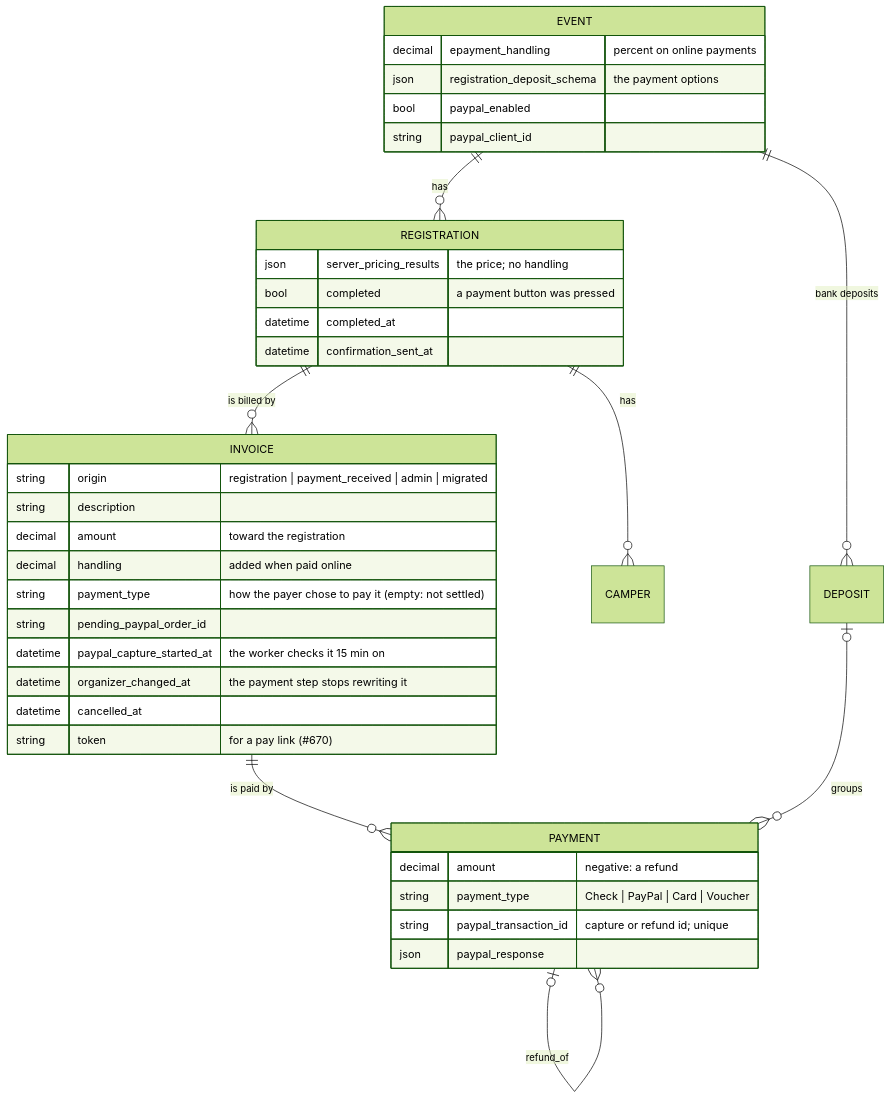
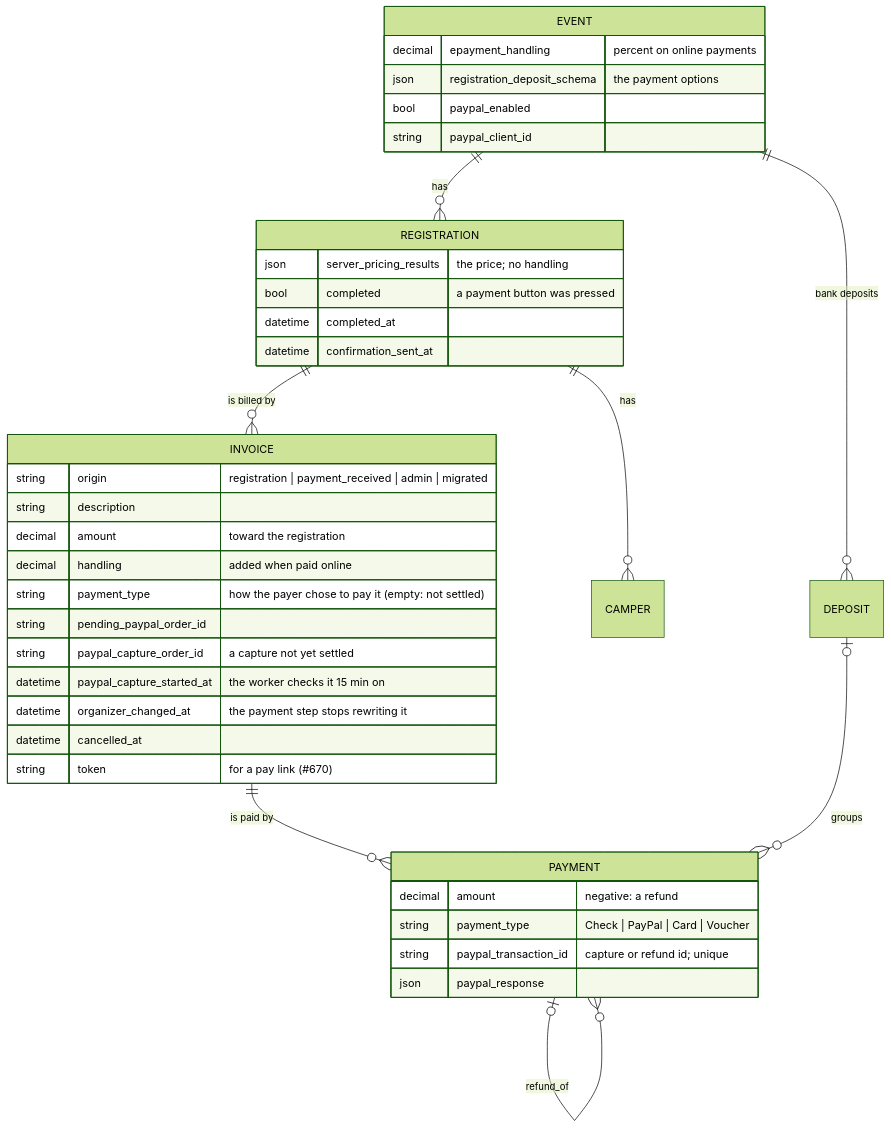
The first of 12 diagrams in doc/payments.md (camphoric/camphoric), drawn with Mermaid (forest theme) before and after one commit. The commit also changed other lines of this file and 8 other files, not shown here.

First line of the commit message:
fix(register): sweep the order whose capture started, not the pending one

````diff
--- a/doc/payments.md
+++ b/doc/payments.md
@@ -43,40 +43,41 @@
 ```mermaid
 erDiagram
     EVENT ||--o{ REGISTRATION : has
     EVENT ||--o{ DEPOSIT : "bank deposits"
     REGISTRATION ||--o{ CAMPER : has
     REGISTRATION ||--o{ INVOICE : "is billed by"
     INVOICE ||--o{ PAYMENT : "is paid by"
     PAYMENT |o--o{ PAYMENT : "refund_of"
     DEPOSIT |o--o{ PAYMENT : groups
     EVENT {
         decimal epayment_handling "percent on online payments"
         json registration_deposit_schema "the payment options"
         bool paypal_enabled
         string paypal_client_id
     }
     REGISTRATION {
         json server_pricing_results "the price; no handling"
         bool completed "a payment button was pressed"
         datetime completed_at
         datetime confirmation_sent_at
     }
     INVOICE {
         string origin "registration | payment_received | admin | migrated"
         string description
         decimal amount "toward the registration"
         decimal handling "added when paid online"
         string payment_type "how the payer chose to pay it (empty: not settled)"
         string pending_paypal_order_id
+        string paypal_capture_order_id "a capture not yet settled"
         datetime paypal_capture_started_at "the worker checks it 15 min on"
         datetime organizer_changed_at "the payment step stops rewriting it"
         datetime cancelled_at
         string token "for a pay link (#670)"
     }
     PAYMENT {
         decimal amount "negative: a refund"
         string payment_type "Check | PayPal | Card | Voucher"
         string paypal_transaction_id "capture or refund id; unique"
         json paypal_response
     }
 ```
````
